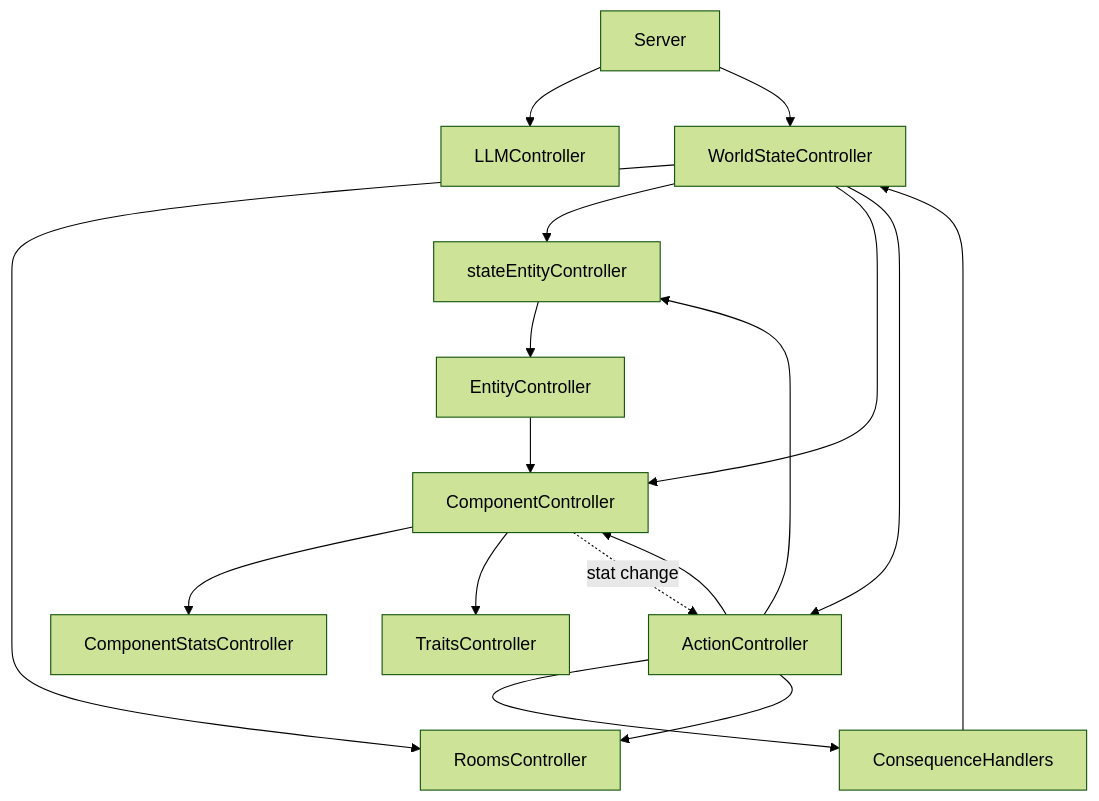
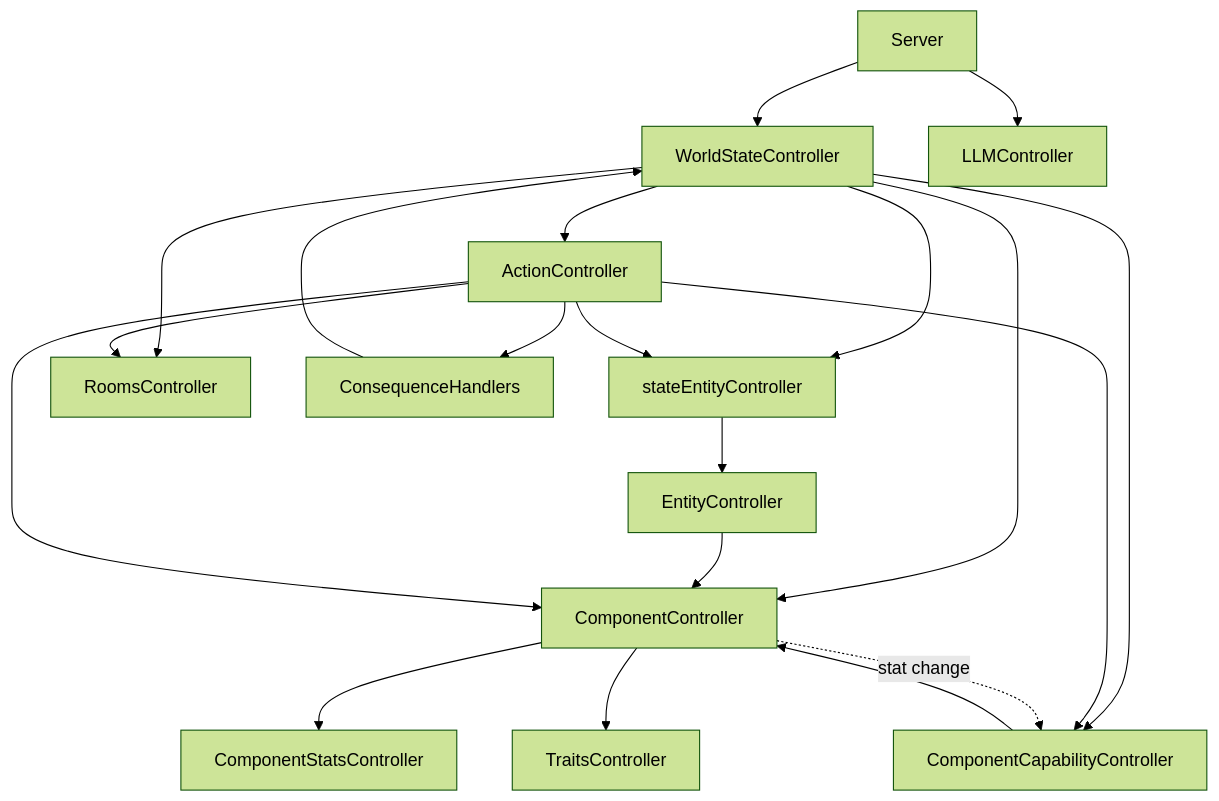
Before and after one commit to Rhuan-P-Dev/slopSimulacrum: the diagram in wiki/map.md, drawn with Mermaid (forest theme). The commit also changed other lines of this file and 16 other files, not shown here.

````diff
--- a/wiki/map.md
+++ b/wiki/map.md
@@ -13,49 +13,53 @@
 ```mermaid
 graph TD
     %% Root
     WSC[WorldStateController]
 
     %% Data Level
     CSC[ComponentStatsController]
     TC[TraitsController]
 
     %% Logic Level
     CC[ComponentController]
     EC[EntityController]
 
     %% Instance Level
     SEC[stateEntityController]
     RC[RoomsController]
 
     %% Action Layer
     AC[ActionController]
+    CCC[ComponentCapabilityController]
     CH[ConsequenceHandlers]
 
     %% LLM Layer (Parallel)
     LLMC[LLMController]
     SVR[Server]
 
     %% Relationships
     SVR --> LLMC
     SVR --> WSC
     
     WSC --> RC
     WSC --> SEC
     WSC --> CC
     WSC --> AC
+    WSC --> CCC
 
     AC --> CH
+    AC --> CCC
     CH --> WSC
 
     SEC --> EC
     EC --> CC
     CC --> CSC
     CC --> TC
     
     AC --> SEC
     AC --> CC
     AC --> RC
+    CCC --> CC
     
     %% Stat change notification
-    CC -.->|stat change| AC
+    CC -.->|stat change| CCC
 ```
````
